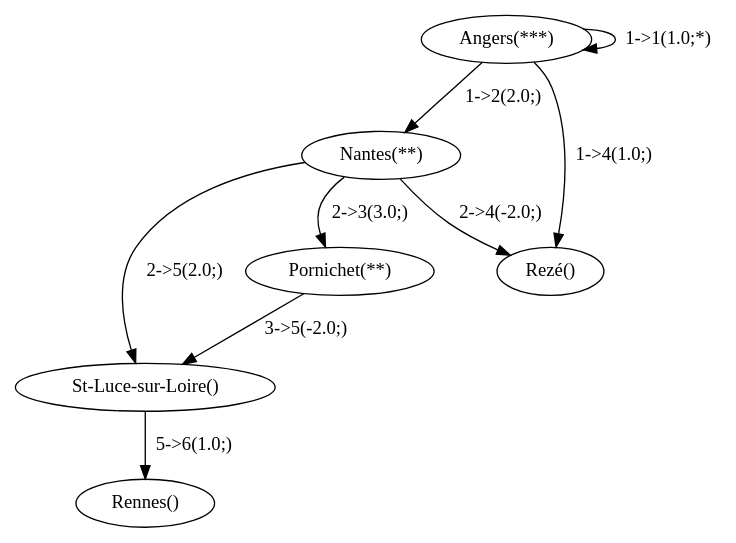
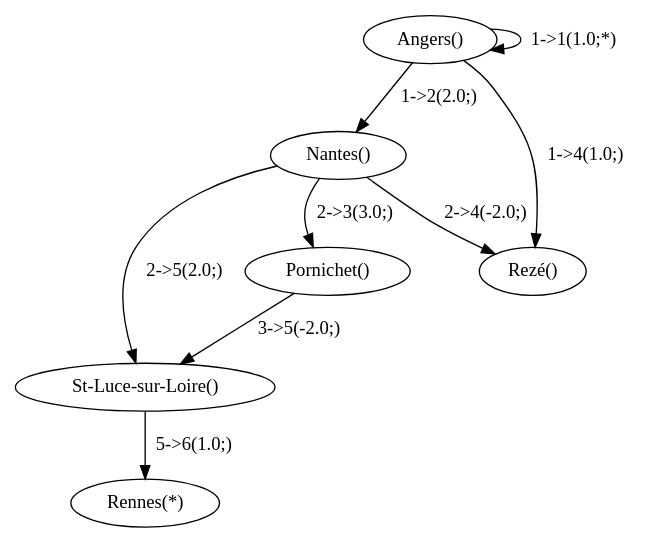
One commit to Latoof/GraphProject changed the diagram in GraphProject/map.dot. Above: the diagram before and after it, drawn with Graphviz. The commit also changed 3 other files, not shown here.

```diff
--- a/GraphProject/map.dot
+++ b/GraphProject/map.dot
@@ -1,16 +1,15 @@
-digraph{
-"Angers" [label="Angers(***)"];
-"Nantes" [label="Nantes(**)"];
-"Pornichet" [label="Pornichet(**)"];
+digraph {"Angers" [label="Angers()"];
+"Nantes" [label="Nantes()"];
+"Pornichet" [label="Pornichet()"];
 "Rezé" [label="Rezé()"];
 "St-Luce-sur-Loire" [label="St-Luce-sur-Loire()"];
-"Rennes" [label="Rennes()"];
+"Rennes" [label="Rennes(*)"];
 "Angers" -> "Angers" [label="1->1(1.0;*)"];
 "Angers" -> "Nantes" [label="1->2(2.0;)"];
 "Nantes" -> "Rezé" [label="2->4(-2.0;)"];
 "Angers" -> "Rezé" [label="1->4(1.0;)"];
 "Nantes" -> "Pornichet" [label="2->3(3.0;)"];
 "Nantes" -> "St-Luce-sur-Loire" [label="2->5(2.0;)"];
 "Pornichet" -> "St-Luce-sur-Loire" [label="3->5(-2.0;)"];
 "St-Luce-sur-Loire" -> "Rennes" [label="5->6(1.0;)"];
 }
```
